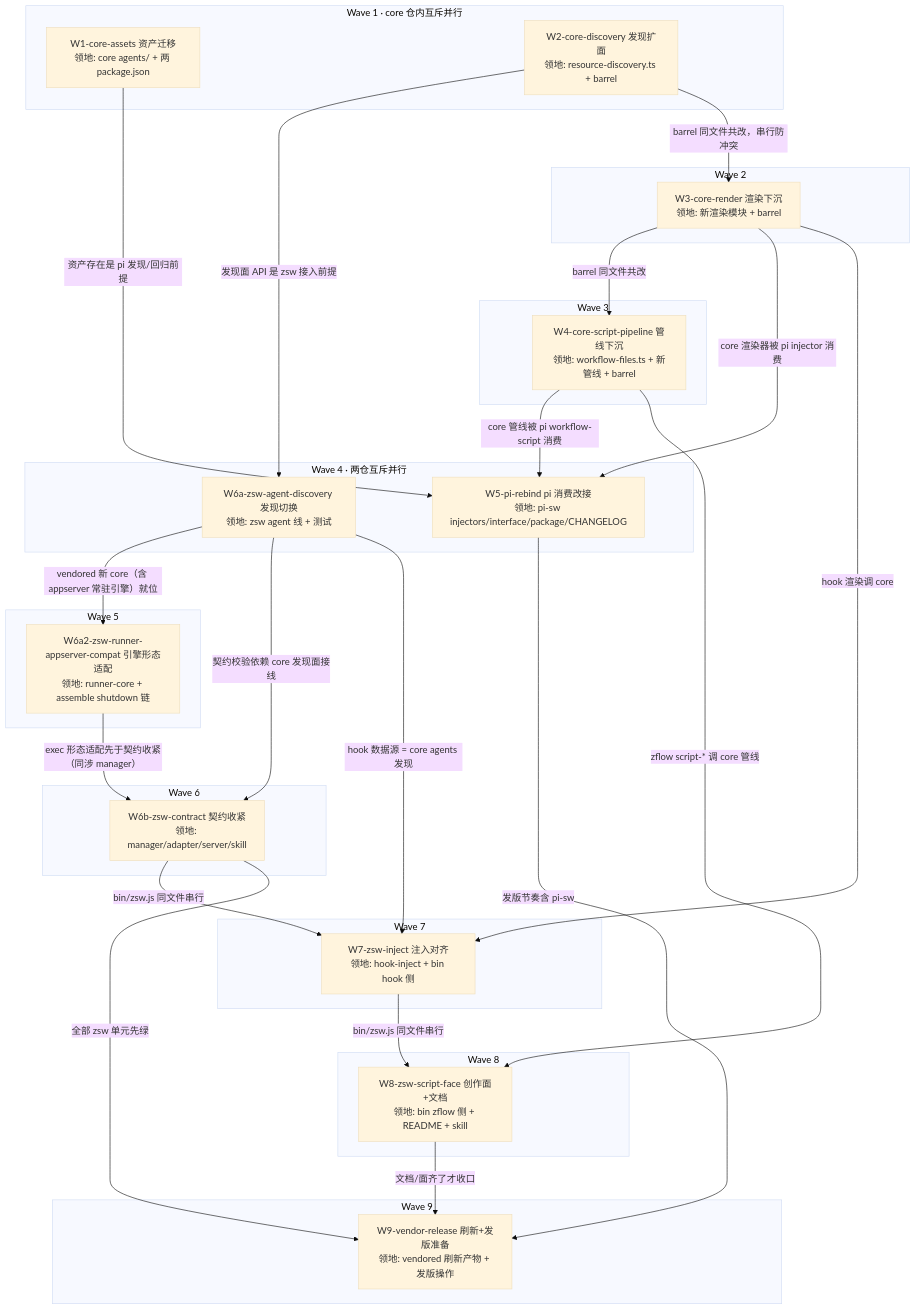
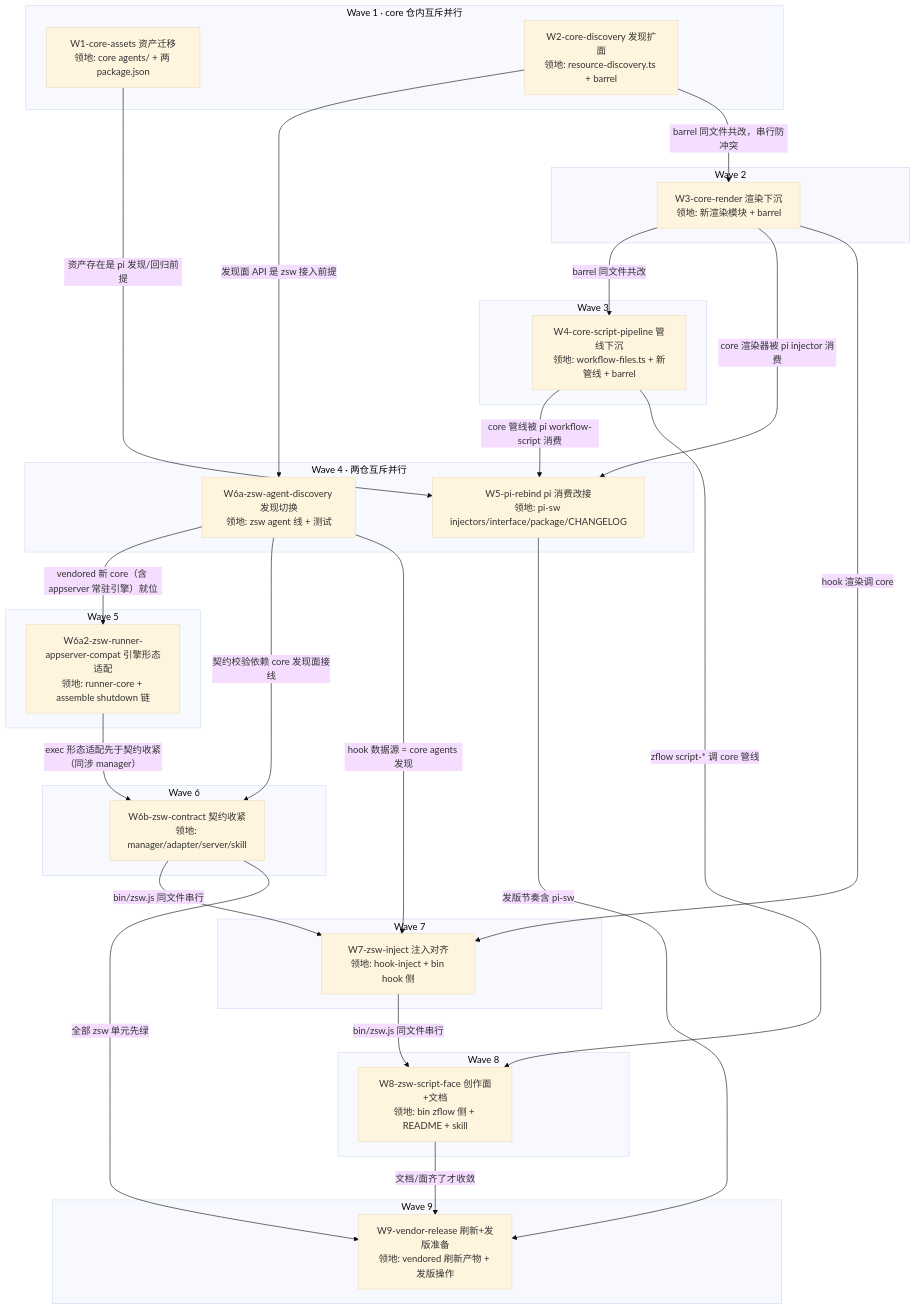
The diagram in docs/design/subagent-core-convergence.impl-plan.md (zhushanwen321/zcode-plugins), drawn with Mermaid (base theme) before and after one commit. The commit also changed other lines of this file and 34 other files, not shown here.

````diff
--- a/docs/design/subagent-core-convergence.impl-plan.md
+++ b/docs/design/subagent-core-convergence.impl-plan.md
@@ -49,49 +49,49 @@
 ```mermaid
 graph TD
   subgraph Wave1[Wave 1 · core 仓内互斥并行]
     W1["W1-core-assets 资产迁移<br/>领地: core agents/ + 两 package.json"]
     W2["W2-core-discovery 发现扩面<br/>领地: resource-discovery.ts + barrel"]
   end
   subgraph Wave2[Wave 2]
     W3["W3-core-render 渲染下沉<br/>领地: 新渲染模块 + barrel"]
   end
   subgraph Wave3[Wave 3]
     W4["W4-core-script-pipeline 管线下沉<br/>领地: workflow-files.ts + 新管线 + barrel"]
   end
   subgraph Wave4[Wave 4 · 两仓互斥并行]
     W5["W5-pi-rebind pi 消费改接<br/>领地: pi-sw injectors/interface/package/CHANGELOG"]
     W6a["W6a-zsw-agent-discovery 发现切换<br/>领地: zsw agent 线 + 测试"]
   end
   subgraph Wave5[Wave 5]
     W6a2["W6a2-zsw-runner-appserver-compat 引擎形态适配<br/>领地: runner-core + assemble shutdown 链"]
   end
   subgraph Wave6[Wave 6]
     W6b["W6b-zsw-contract 契约收紧<br/>领地: manager/adapter/server/skill"]
   end
   subgraph Wave7[Wave 7]
     W7["W7-zsw-inject 注入对齐<br/>领地: hook-inject + bin hook 侧"]
   end
   subgraph Wave8[Wave 8]
     W8["W8-zsw-script-face 创作面+文档<br/>领地: bin zflow 侧 + README + skill"]
   end
   subgraph Wave9[Wave 9]
     W9["W9-vendor-release 刷新+发版准备<br/>领地: vendored 刷新产物 + 发版操作"]
   end
   W1 -->|"资产存在是 pi 发现/回归前提"| W5
   W2 -->|"发现面 API 是 zsw 接入前提"| W6a
   W2 -->|"barrel 同文件共改，串行防冲突"| W3
   W3 -->|"barrel 同文件共改"| W4
   W3 -->|"core 渲染器被 pi injector 消费"| W5
   W4 -->|"core 管线被 pi workflow-script 消费"| W5
   W6a -->|"vendored 新 core（含 appserver 常驻引擎）就位"| W6a2
   W6a2 -->|"exec 形态适配先于契约收紧（同涉 manager）"| W6b
   W6a -->|"契约校验依赖 core 发现面接线"| W6b
   W6a -->|"hook 数据源 = core agents 发现"| W7
   W3 -->|"hook 渲染调 core"| W7
   W4 -->|"zflow script-* 调 core 管线"| W8
   W6b -->|"bin/zsw.js 同文件串行"| W7
   W7 -->|"bin/zsw.js 同文件串行"| W8
   W5 -->|"发版节奏含 pi-sw"| W9
   W6b -->|"全部 zsw 单元先绿"| W9
-  W8 -->|"文档/面齐了才收口"| W9
+  W8 -->|"文档/面齐了才收敛"| W9
 ```
````
